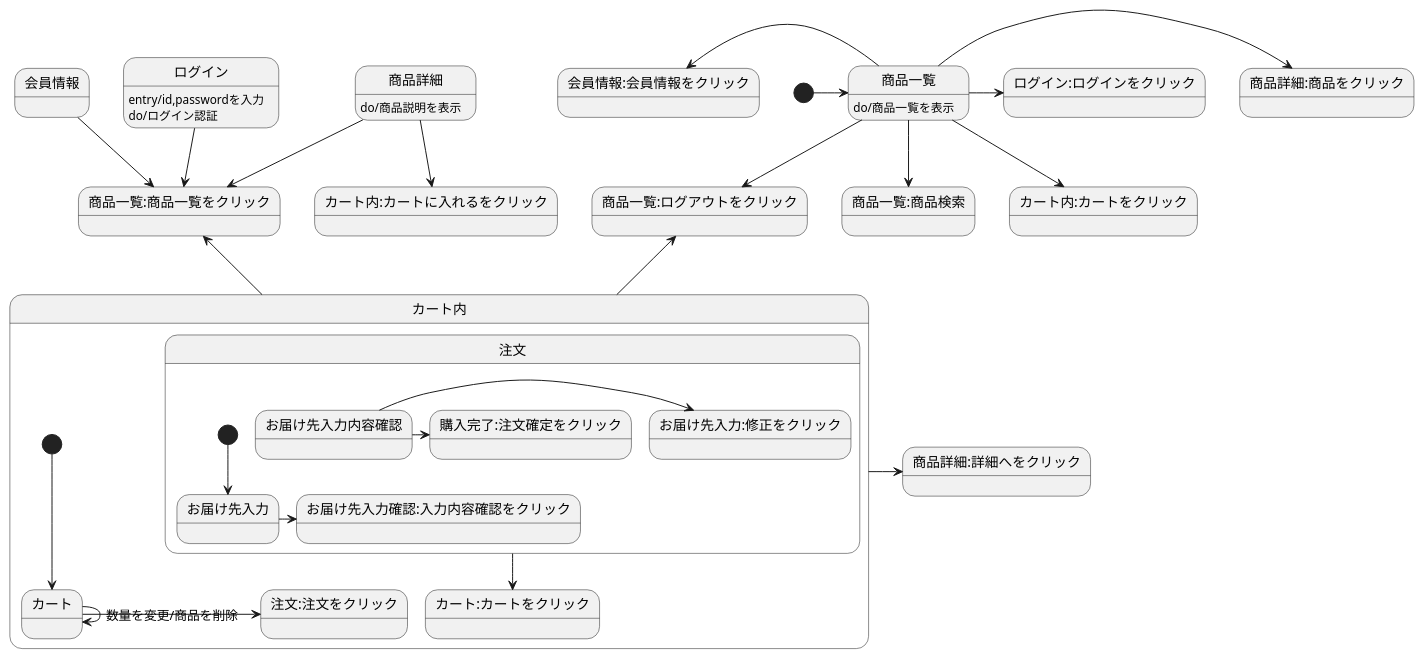
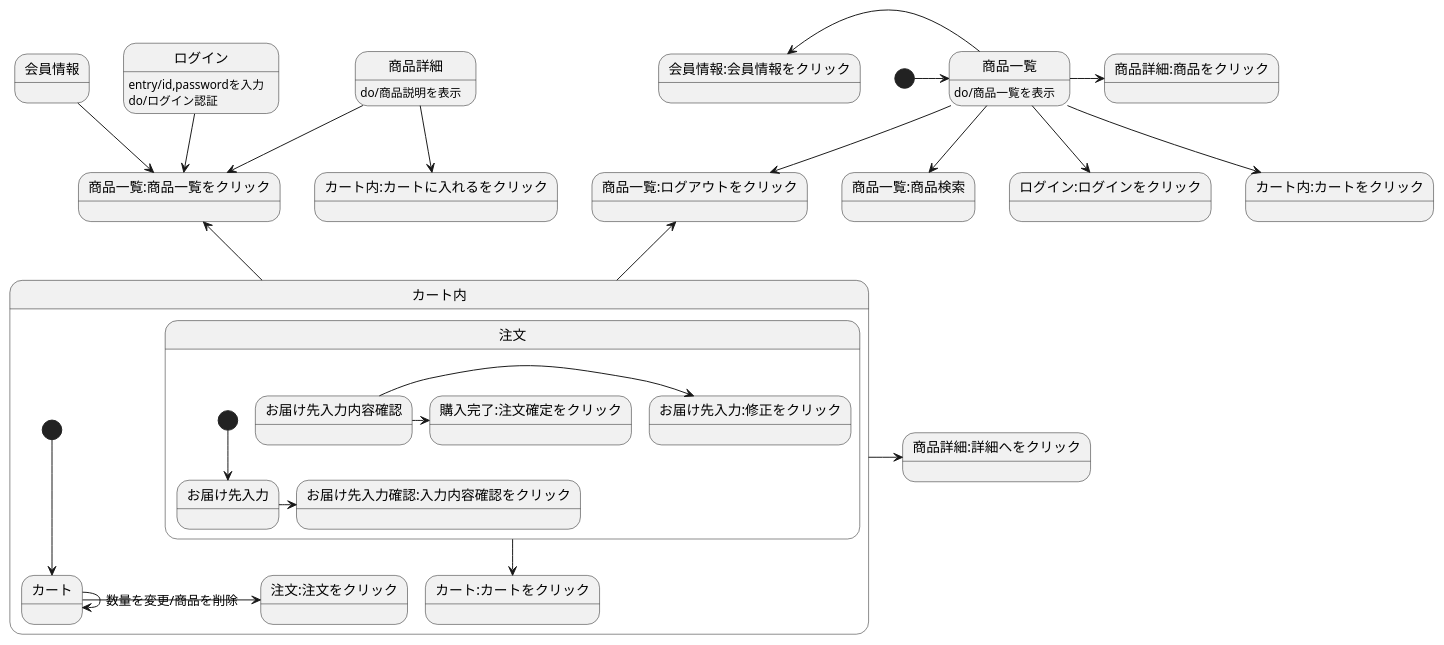
Before and after one commit to Aso2001160/2021sys-design: the diagram in stm01.md, drawn with PlantUML.

````diff
--- a/stm01.md
+++ b/stm01.md
@@ -1,35 +1,35 @@
 ```uml
 @startuml
 [*] -> 商品一覧
 会員情報-->商品一覧:商品一覧をクリック
 ログイン-->商品一覧:商品一覧をクリック
 ログイン:entry/id,passwordを入力
 ログイン:do/ログイン認証
 商品一覧 --> 商品一覧:ログアウトをクリック
 商品一覧-->商品一覧:商品検索
 商品一覧->商品詳細:商品をクリック
 商品一覧 -left-> 会員情報:会員情報をクリック
-商品一覧 -> ログイン:ログインをクリック
+商品一覧 --> ログイン:ログインをクリック
 商品一覧 -->カート内:カートをクリック
 商品一覧:do/商品一覧を表示
 商品詳細-->カート内:カートに入れるをクリック
 商品詳細-->商品一覧:商品一覧をクリック
 商品詳細:do/商品説明を表示
 カート内 -up-> 商品一覧:商品一覧をクリック
 カート内 -up-> 商品一覧:ログアウトをクリック
 カート内->商品詳細:詳細へをクリック
 
 state カート内{
 [*]-->カート
 カート->注文:注文をクリック
 カート->カート:数量を変更/商品を削除
 注文-->カート:カートをクリック
   state 注文{
   [*]-->お届け先入力
   お届け先入力->お届け先入力確認:入力内容確認をクリック
   お届け先入力内容確認->お届け先入力:修正をクリック
   お届け先入力内容確認->購入完了:注文確定をクリック
   }
 }
 @enduml
 ```
````
